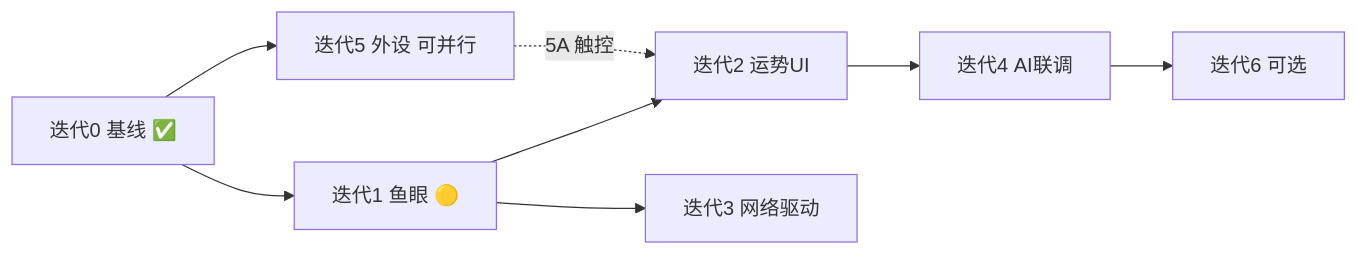
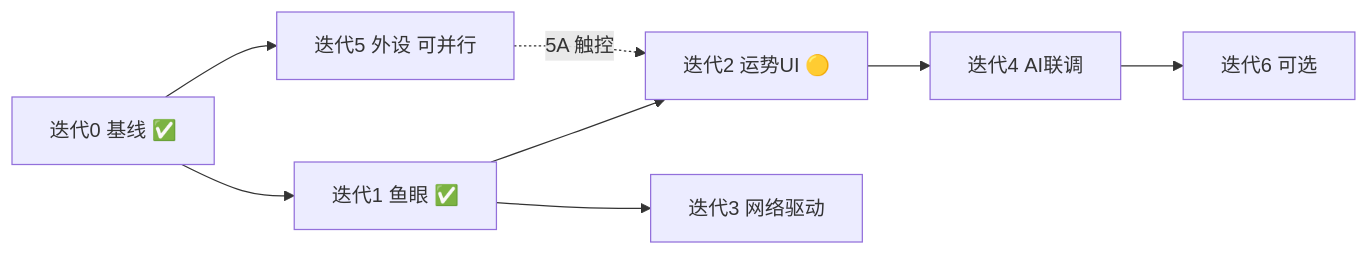
One commit to wufanqqfsc/xiaozhi-esp32 changed the diagram in doc/ai_compass_iteration_acceptance.md. Above: the diagram before and after it, drawn with Mermaid. The commit also changed other lines of this file and 18 other files, not shown here.

````diff
--- a/doc/ai_compass_iteration_acceptance.md
+++ b/doc/ai_compass_iteration_acceptance.md
@@ -59,10 +59,10 @@
 ```mermaid
 flowchart LR
-    I0[迭代0 基线 ✅] --> I1[迭代1 鱼眼 🟡]
-    I1 --> I2[迭代2 运势UI]
+    I0[迭代0 基线 ✅] --> I1[迭代1 鱼眼 ✅]
+    I1 --> I2[迭代2 运势UI 🟡]
     I1 --> I3[迭代3 网络驱动]
     I2 --> I4[迭代4 AI联调]
     I0 --> I5[迭代5 外设 可并行]
     I4 --> I6[迭代6 可选]
     I5 -.->|5A 触控| I2
 ```
````
